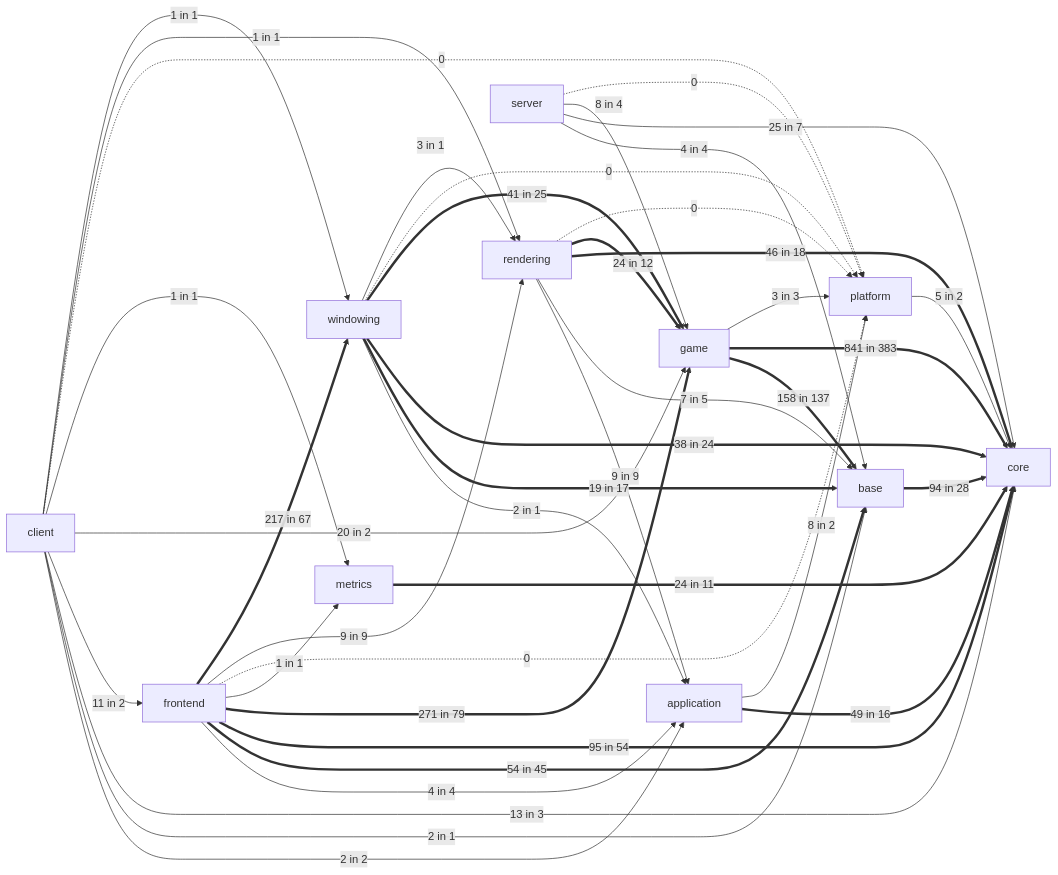
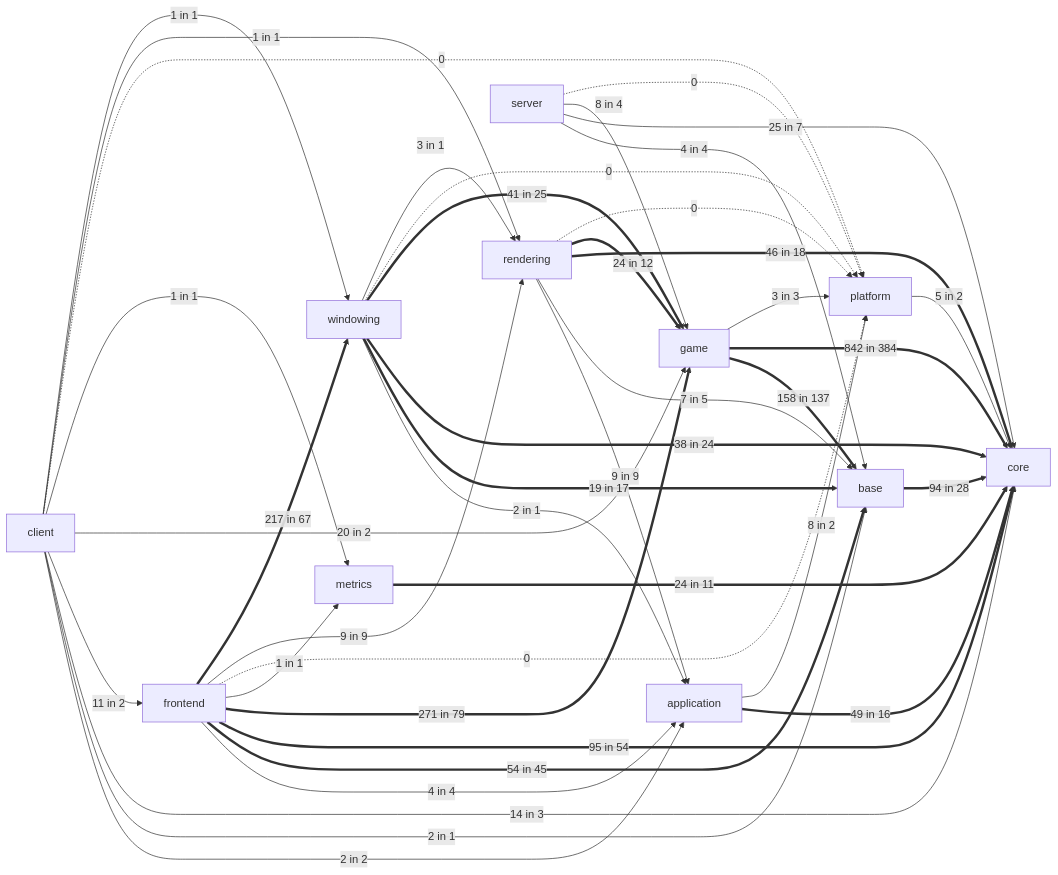
Before and after one commit to apnex/OpenStarbound: the fifth of 11 diagrams in docs/architecture/system-boundaries.md, drawn with Mermaid. The commit also changed other lines of this file and 9 other files, not shown here.

````diff
--- a/docs/architecture/system-boundaries.md
+++ b/docs/architecture/system-boundaries.md
@@ -407,43 +407,43 @@
 ```mermaid
 flowchart LR
   base ==>|94 in 28| core
   metrics ==>|24 in 11| core
   platform -->|5 in 2| core
   application ==>|49 in 16| core
   application -->|8 in 2| platform
   game ==>|158 in 137| base
-  game ==>|841 in 383| core
+  game ==>|842 in 384| core
   game -->|3 in 3| platform
   rendering -->|9 in 9| application
   rendering -->|7 in 5| base
   rendering ==>|46 in 18| core
   rendering ==>|24 in 12| game
   rendering -.->|0| platform
   windowing -->|2 in 1| application
   windowing ==>|19 in 17| base
   windowing ==>|38 in 24| core
   windowing ==>|41 in 25| game
   windowing -.->|0| platform
   windowing -->|3 in 1| rendering
   frontend -->|4 in 4| application
   frontend ==>|54 in 45| base
   frontend ==>|95 in 54| core
   frontend ==>|271 in 79| game
   frontend -->|1 in 1| metrics
   frontend -.->|0| platform
   frontend -->|9 in 9| rendering
   frontend ==>|217 in 67| windowing
   client -->|2 in 2| application
   client -->|2 in 1| base
-  client -->|13 in 3| core
+  client -->|14 in 3| core
   client -->|11 in 2| frontend
   client -->|20 in 2| game
   client -->|1 in 1| metrics
   client -.->|0| platform
   client -->|1 in 1| rendering
   client -->|1 in 1| windowing
   server -->|4 in 4| base
   server -->|25 in 7| core
   server -->|8 in 4| game
   server -.->|0| platform
 ```
````
